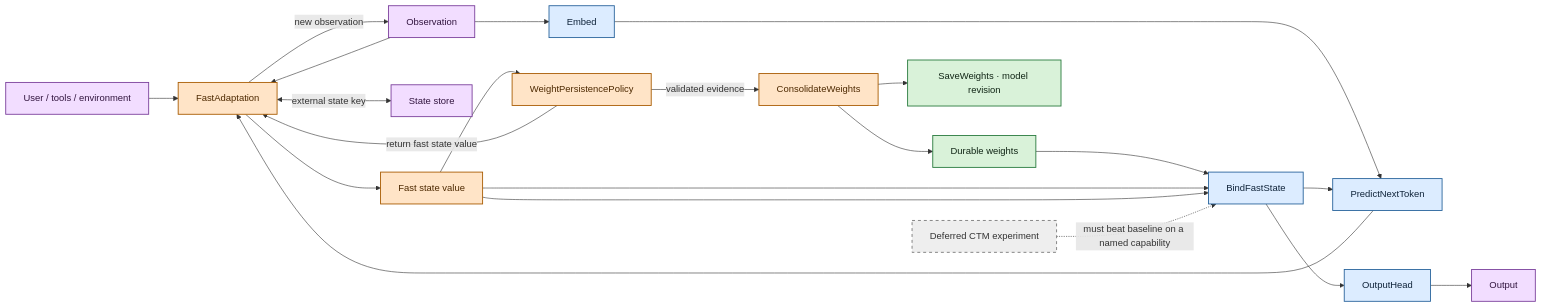
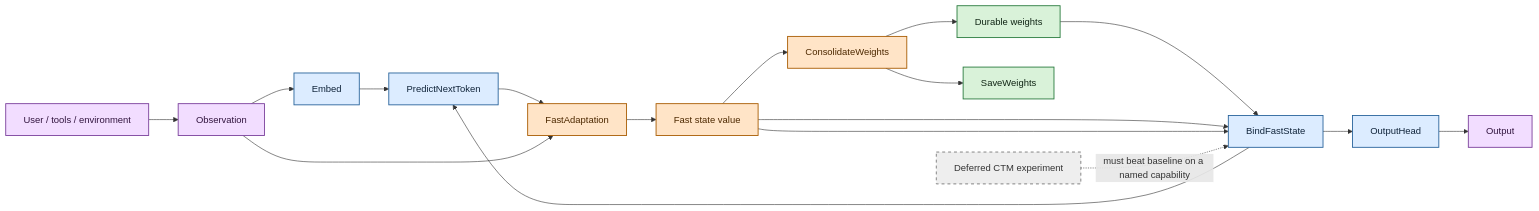
Before and after one commit to vargasjr-dev/piro: the diagram in docs/architecture/stateful-rl-first-model-v0.1.mmd, drawn with Mermaid. The commit also changed 9 other files, not shown here.

Commit message:
docs: make weight persistence unconditional

```diff
--- a/docs/architecture/stateful-rl-first-model-v0.1.mmd
+++ b/docs/architecture/stateful-rl-first-model-v0.1.mmd
@@ -1,30 +1,26 @@
 %% Piro Core Self-Updating Model v0.2
 %% Fast/slow weights are core; CTM is a deferred comparison architecture.
 flowchart LR
     classDef core fill:#dcecff,stroke:#28639b,color:#10243a,stroke-width:1.5px
     classDef learning fill:#ffe4c7,stroke:#a85b00,color:#4d2900,stroke-width:1.5px
     classDef external fill:#f2ddff,stroke:#7a3f9b,color:#32153f,stroke-width:1.5px
     classDef durable fill:#d9f2d9,stroke:#287a3d,color:#102515,stroke-width:1.5px
     classDef deferred fill:#eeeeee,stroke:#777777,color:#333333,stroke-width:1.5px,stroke-dasharray: 5 5
 
-    X[User / tools / environment]:::external --> A[Serving adapter]:::external
-    A -->|new observation| I[Observation]:::external
-    A <-->|external state key| K[State store]:::external
+    X[User / tools / environment]:::external --> I[Observation]:::external
     I --> E[Embed]:::core
     W[Durable weights]:::durable --> B[BindFastState]:::core
     F[Fast state value]:::learning --> B
     E --> P[PredictNextToken]:::core
     B --> P
     P --> A[FastAdaptation]:::learning
     I --> A
     A --> F
     F --> B
     B --> O[OutputHead]:::core
     O --> Y[Output]:::external
-    F --> R[WeightPersistencePolicy]:::learning
-    R -->|return fast state value| A
-    R -->|validated evidence| C[ConsolidateWeights]:::learning
+    F --> C[ConsolidateWeights]:::learning
     C --> W
-    C --> M[SaveWeights · model revision]:::durable
+    C --> M[SaveWeights]:::durable
 
     T[Deferred CTM experiment]:::deferred -.->|must beat baseline on a named capability| B
```
